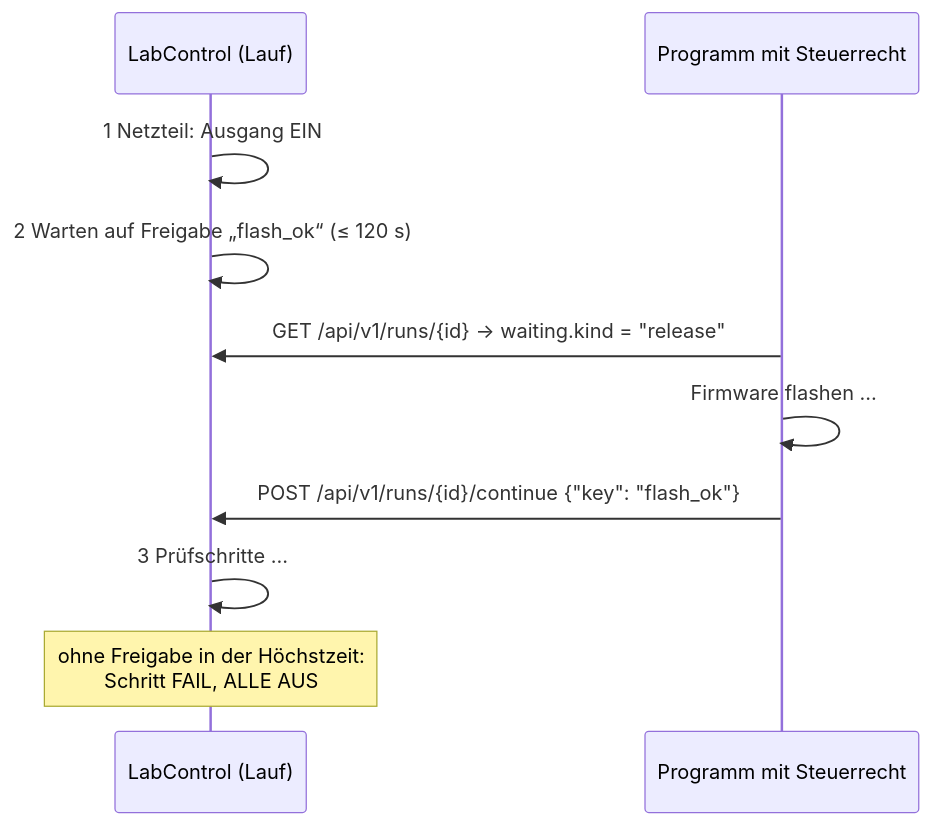
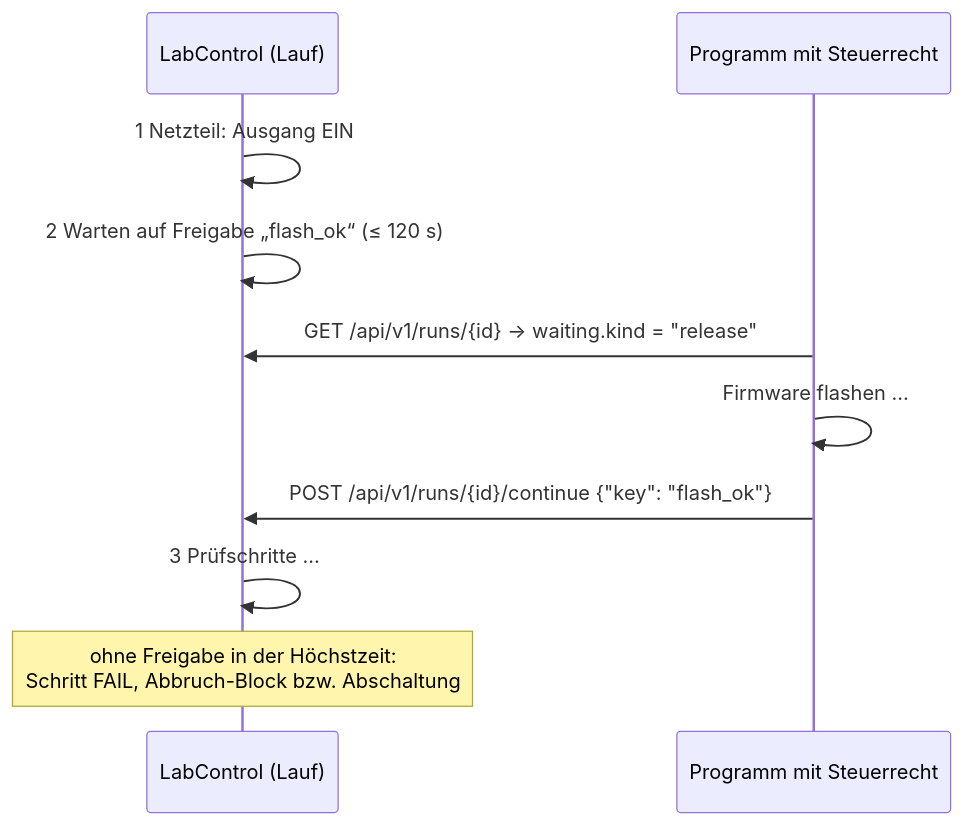
One commit to danielsimonreinhardt/LabControl changed the fifth of 13 diagrams in docs/de/testablaeufe.md. Above: the diagram before and after it, drawn with Mermaid. The commit also changed other lines of this file and 25 other files, not shown here.

````diff
--- a/docs/de/testablaeufe.md
+++ b/docs/de/testablaeufe.md
@@ -175,12 +177,12 @@
 ```mermaid
 sequenceDiagram
     participant L as LabControl (Lauf)
     participant P as Programm mit Steuerrecht
     L->>L: 1 Netzteil: Ausgang EIN
     L->>L: 2 Warten auf Freigabe „flash_ok“ (≤ 120 s)
     P->>L: GET /api/v1/runs/{id} → waiting.kind = "release"
     P->>P: Firmware flashen …
     P->>L: POST /api/v1/runs/{id}/continue {"key": "flash_ok"}
     L->>L: 3 Prüfschritte …
-    Note over L: ohne Freigabe in der Höchstzeit:<br/>Schritt FAIL, ALLE AUS
+    Note over L: ohne Freigabe in der Höchstzeit:<br/>Schritt FAIL, Abbruch-Block bzw. Abschaltung
 ```
````
